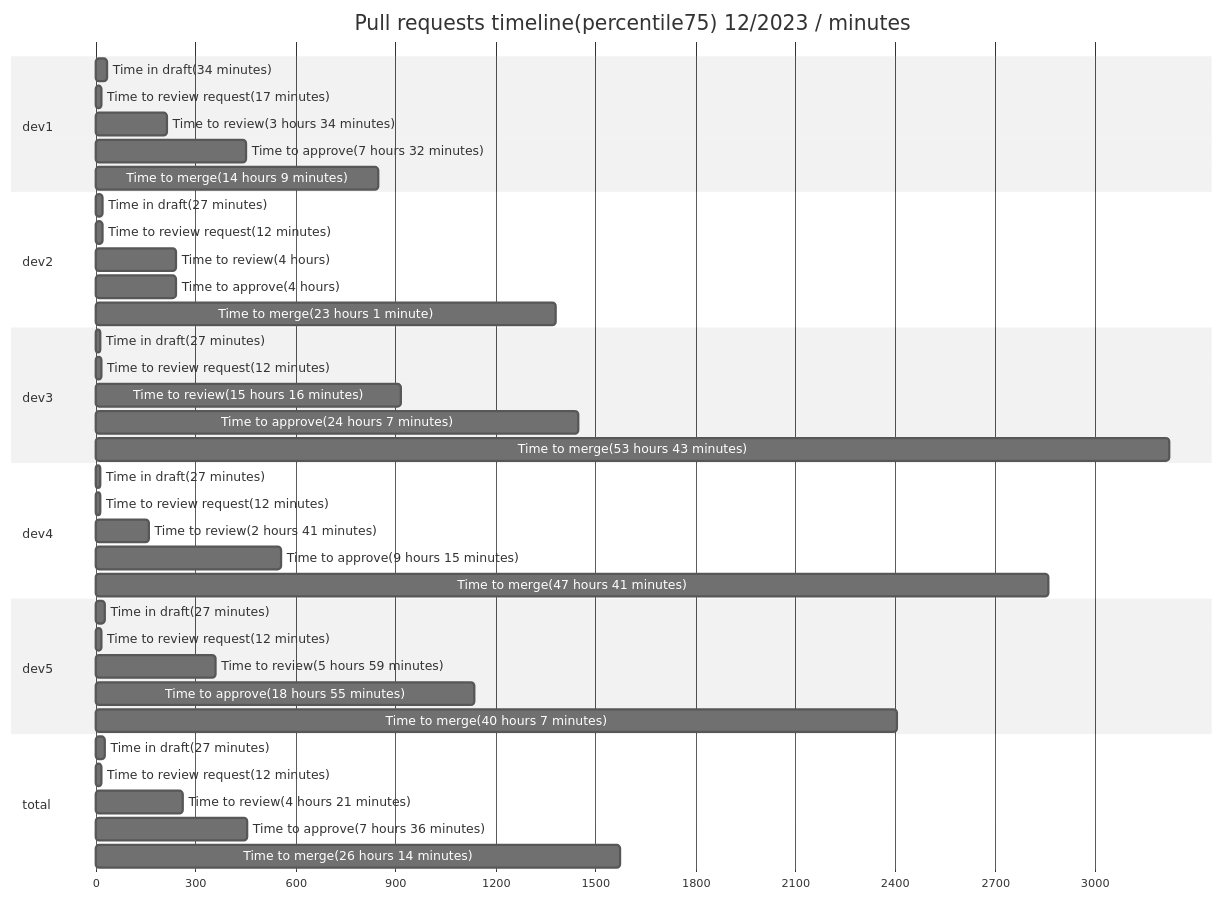
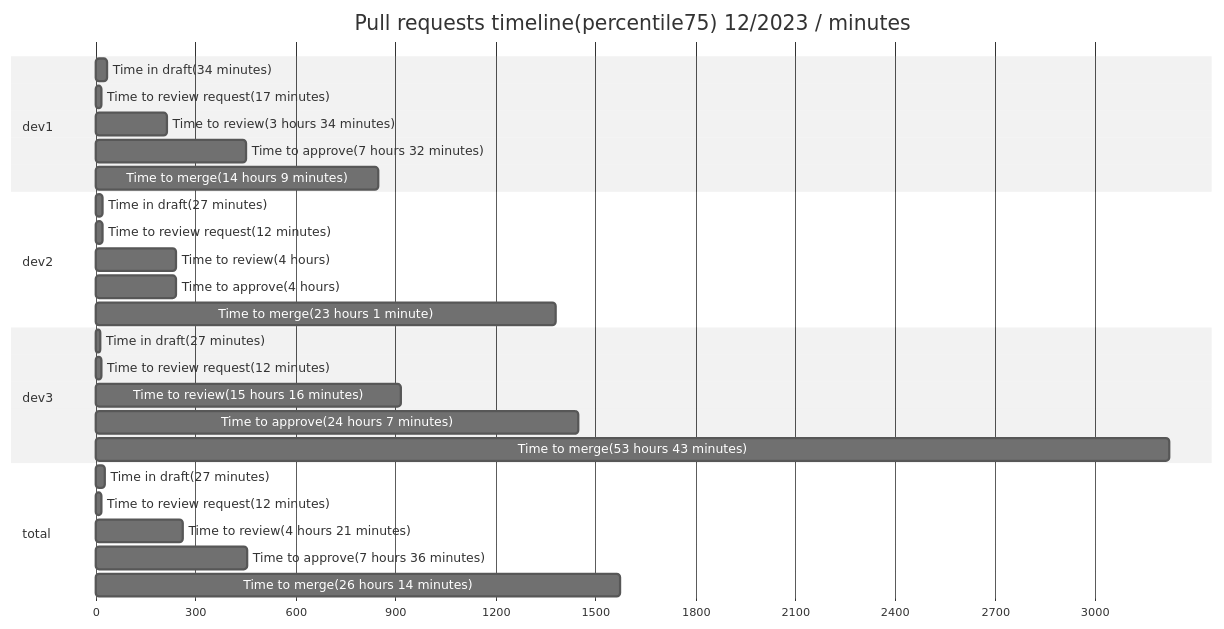
Before and after one commit to AlexSim93/pull-request-analytics-action: the first of 3 diagrams in README.md, drawn with Mermaid (neutral theme). The commit also changed other lines of this file, not shown here.

````diff
--- a/README.md
+++ b/README.md
@@ -35,48 +32,34 @@
 ```mermaid
 gantt
 title Pull requests timeline(percentile75) 12/2023 / minutes
 dateFormat X
 axisFormat %s
 section dev1
 Time in draft(34 minutes) :  0, 34
 Time to review request(17 minutes) :  0, 17
 Time to review(3 hours 34 minutes) :  0, 214
 Time to approve(7 hours 32 minutes) :  0, 452
 Time to merge(14 hours 9 minutes) :  0, 849
 
 section dev2
 Time in draft(27 minutes) :  0, 21
 Time to review request(12 minutes) :  0, 20
 Time to review(4 hours) :  0, 240
 Time to approve(4 hours) :  0, 240
 Time to merge(23 hours 1 minute) :  0, 1381
 
 section dev3
 Time in draft(27 minutes) :  0, 15
 Time to review request(12 minutes) :  0, 18
 Time to review(15 hours 16 minutes) :  0, 916
 Time to approve(24 hours 7 minutes) :  0, 1447
 Time to merge(53 hours 43 minutes) :  0, 3223
 
-section dev4
-Time in draft(27 minutes) :  0, 13
-Time to review request(12 minutes) :  0, 12
-Time to review(2 hours 41 minutes) :  0, 161
-Time to approve(9 hours 15 minutes) :  0, 555
-Time to merge(47 hours 41 minutes) :  0, 2861
-
-section dev5
-Time in draft(27 minutes) :  0, 27
-Time to review request(12 minutes) :  0, 18
-Time to review(5 hours 59 minutes) :  0, 359
-Time to approve(18 hours 55 minutes) :  0, 1135
-Time to merge(40 hours 7 minutes) :  0, 2407
-
 section total
 Time in draft(27 minutes) :  0, 27
 Time to review request(12 minutes) :  0, 18
 Time to review(4 hours 21 minutes) :  0, 261
 Time to approve(7 hours 36 minutes) :  0, 456
 Time to merge(26 hours 14 minutes) :  0, 1574
 
 ```
````
